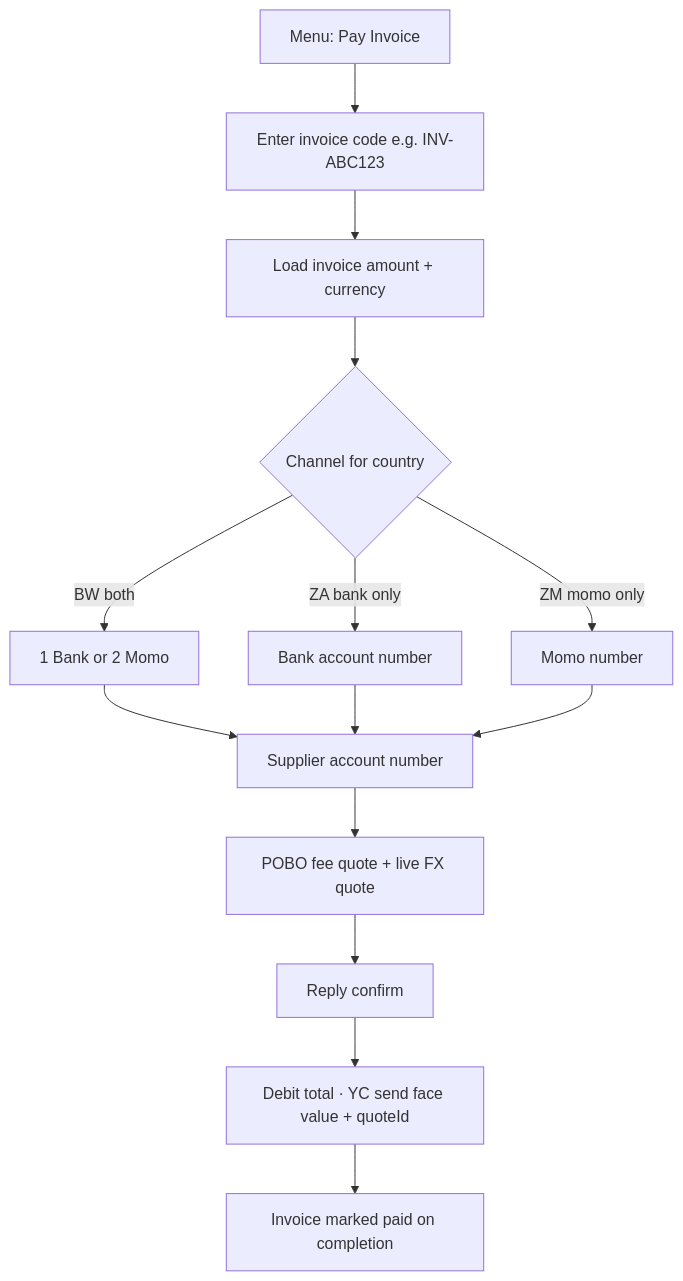
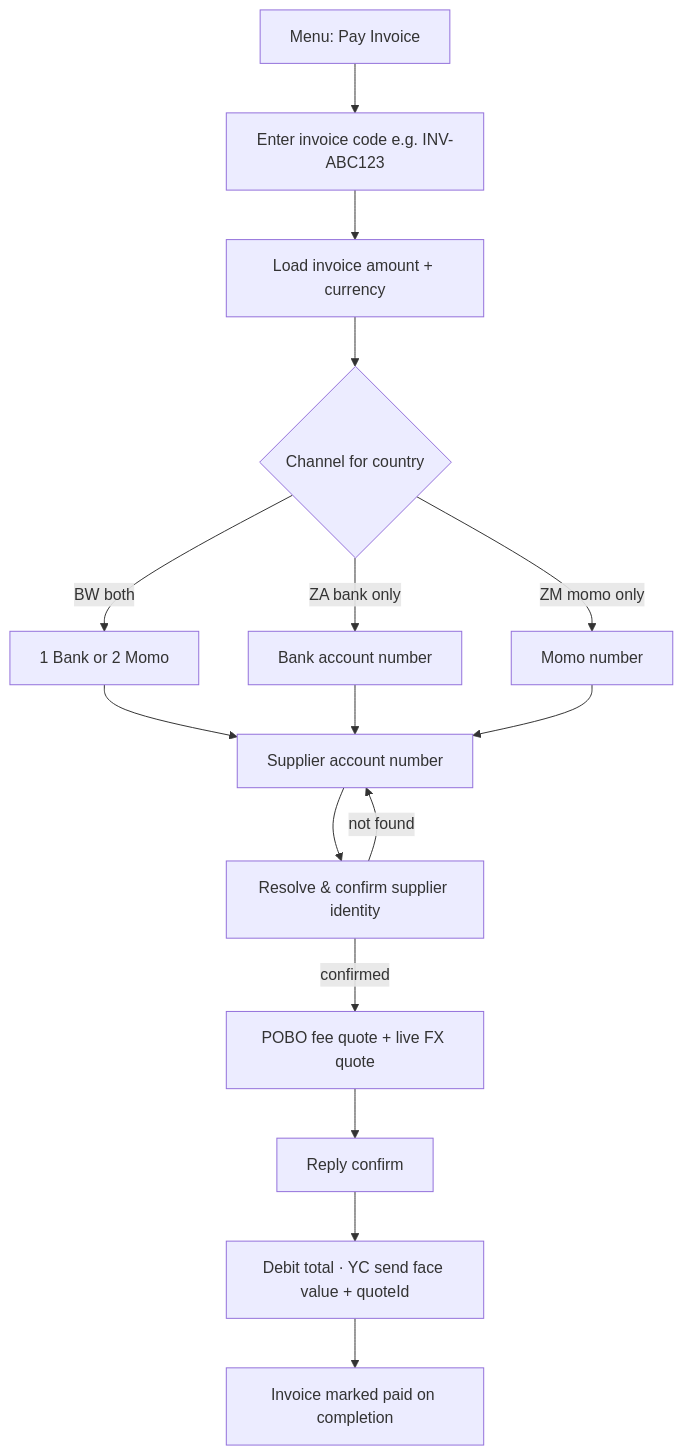
The fourth of 4 diagrams in README.md (Brusselsmara/whatsapp-bot-automated), drawn with Mermaid before and after one commit. The commit also changed other lines of this file and 8 other files, not shown here.

````diff
--- a/README.md
+++ b/README.md
@@ -374,16 +431,18 @@
 ```mermaid
 flowchart TD
     A[Menu: Pay Invoice] --> B[Enter invoice code e.g. INV-ABC123]
     B --> C[Load invoice amount + currency]
     C --> D{Channel for country}
     D -->|BW both| E[1 Bank or 2 Momo]
     D -->|ZA bank only| F[Bank account number]
     D -->|ZM momo only| G[Momo number]
     E --> H[Supplier account number]
     F --> H
     G --> H
-    H --> I[POBO fee quote + live FX quote]
+    H --> H2[Resolve & confirm supplier identity]
+    H2 -->|not found| H
+    H2 -->|confirmed| I[POBO fee quote + live FX quote]
     I --> J[Reply confirm]
     J --> K[Debit total · YC send face value + quoteId]
     K --> L[Invoice marked paid on completion]
 ```
````
